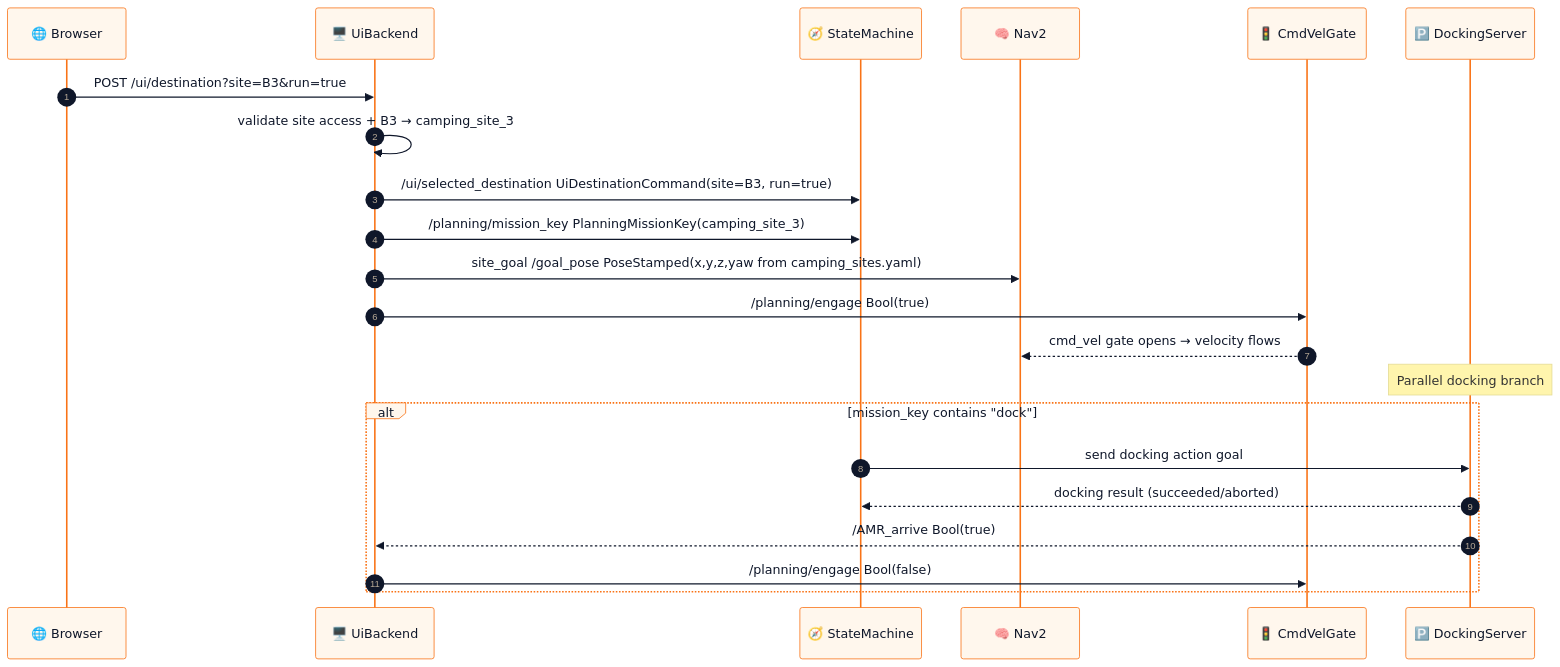
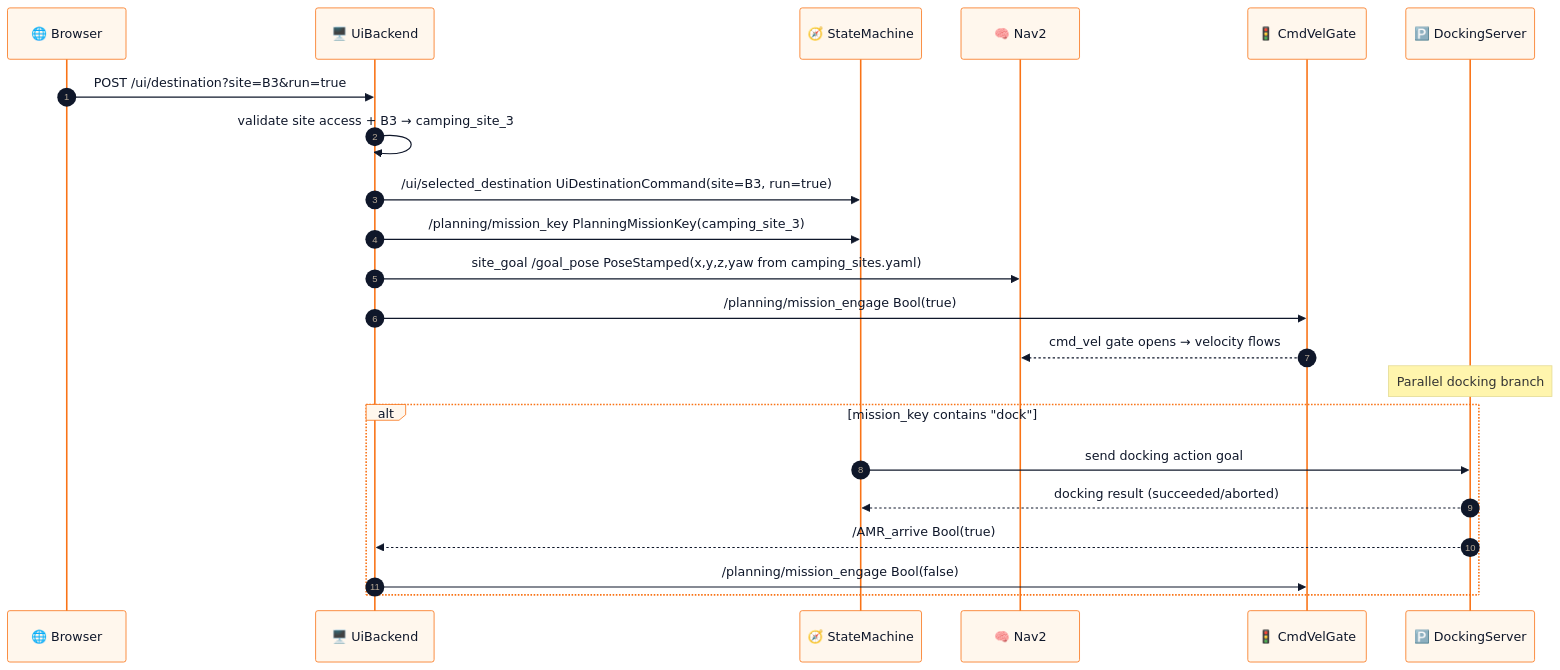
One commit to hwanhonglee/CAMROD changed the third of 5 diagrams in camrod_ui/README.md. Above: the diagram before and after it, drawn with Mermaid. The commit also changed other lines of this file and 2 other files, not shown here.

````diff
--- a/camrod_ui/README.md
+++ b/camrod_ui/README.md
@@ -127,27 +128,27 @@
 ```mermaid
 %%{init: {'theme': 'base', 'themeVariables': {'fontFamily': 'ui-sans-serif, system-ui, sans-serif', 'fontSize': '14px', 'primaryColor': '#FFF7ED', 'primaryTextColor': '#0F172A', 'primaryBorderColor': '#F97316', 'lineColor': '#475569'}}}%%
 sequenceDiagram
   autonumber
   participant Browser as 🌐 Browser
   participant Backend as 🖥️ UiBackend
   participant SM as 🧭 StateMachine
   participant Nav2 as 🧠 Nav2
   participant Gate as 🚦 CmdVelGate
   participant Dock as 🅿️ DockingServer
 
   Browser->>Backend: POST /ui/destination?site=B3&run=true
   Backend->>Backend: validate site access + B3 → camping_site_3
   Backend->>SM: /ui/selected_destination UiDestinationCommand(site=B3, run=true)
   Backend->>SM: /planning/mission_key PlanningMissionKey(camping_site_3)
   Backend->>Nav2: site_goal /goal_pose PoseStamped(x,y,z,yaw from camping_sites.yaml)
-  Backend->>Gate: /planning/engage Bool(true)
+  Backend->>Gate: /planning/mission_engage Bool(true)
   Gate-->>Nav2: cmd_vel gate opens → velocity flows
 
   Note over Dock: Parallel docking branch
   alt mission_key contains "dock"
     SM->>Dock: send docking action goal
     Dock-->>SM: docking result (succeeded/aborted)
     Dock-->>Backend: /AMR_arrive Bool(true)
-    Backend->>Gate: /planning/engage Bool(false)
+    Backend->>Gate: /planning/mission_engage Bool(false)
   end
 ```
````
